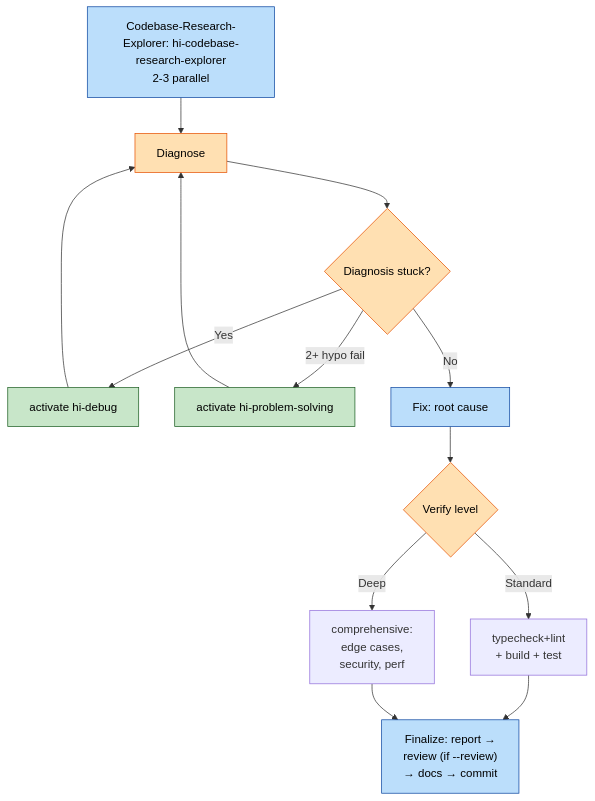
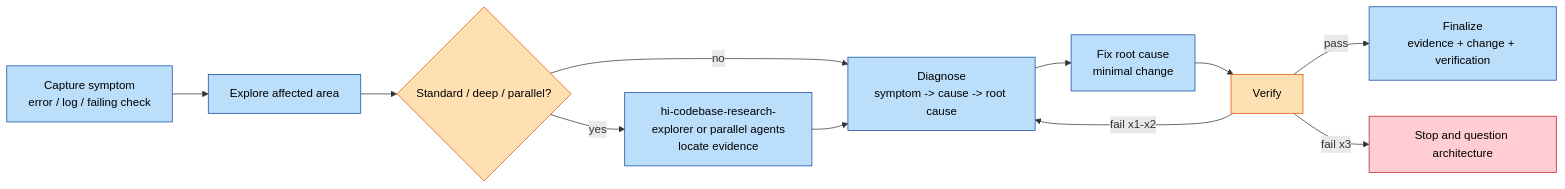
One commit to baka3k/dev-kit changed the second of 10 diagrams in devkit.md. Above: the diagram before and after it, drawn with Mermaid. The commit also changed other lines of this file and 87 other files, not shown here.

````diff
--- a/devkit.md
+++ b/devkit.md
@@ -77,30 +118,20 @@
 ```mermaid
-graph TD
-    A["Codebase-Research-Explorer: hi-codebase-research-explorer<br/>2-3 parallel"] --> B["Diagnose"]
-
-    B --> B1{"Diagnosis stuck?"}
-
-    B1 -->|Yes| B2["activate hi-debug"]
-    B1 -->|"2+ hypo fail"| B3["activate hi-problem-solving"]
-    B1 -->|No| C
-
-    B2 --> B
-    B3 --> B
-
-    C["Fix: root cause"] --> D{"Verify level"}
-
-    D -->|Standard| D1["typecheck+lint<br/>+ build + test"]
-    D -->|Deep| D2["comprehensive:<br/>edge cases,<br/>security, perf"]
-
-    D1 --> E["Finalize: report →<br/>review (if --review)<br/>→ docs → commit"]
-    D2 --> E
+graph LR
+    A["Capture symptom<br/>error / log / failing check"] --> B["Explore affected area"]
+    B --> P{"Standard / deep / parallel?"}
+    P -->|no| C["Diagnose<br/>symptom -> cause -> root cause"]
+    P -->|yes| X["hi-codebase-research-explorer or parallel agents<br/>locate evidence"]
+    X --> C
+    C --> D["Fix root cause<br/>minimal change"]
+    D --> E["Verify"]
+    E -->|pass| F["Finalize<br/>evidence + change + verification"]
+    E -->|fail x1-x2| C
+    E -->|fail x3| G["Stop and question architecture"]
 
     classDef step fill:#bbdefb,stroke:#0d47a1,color:#000
-    classDef skill fill:#c8e6c9,stroke:#1b5e20,color:#000
     classDef gate fill:#ffe0b2,stroke:#e65100,color:#000
-
-    class A,C,E step
-    class B2,B3 skill
-    class B,B1,D gate
-
+    classDef fail fill:#ffcdd2,stroke:#b71c1c,color:#000
+    class A,B,C,D,F,X step
+    class P,E gate
+    class G fail
 ```
````
